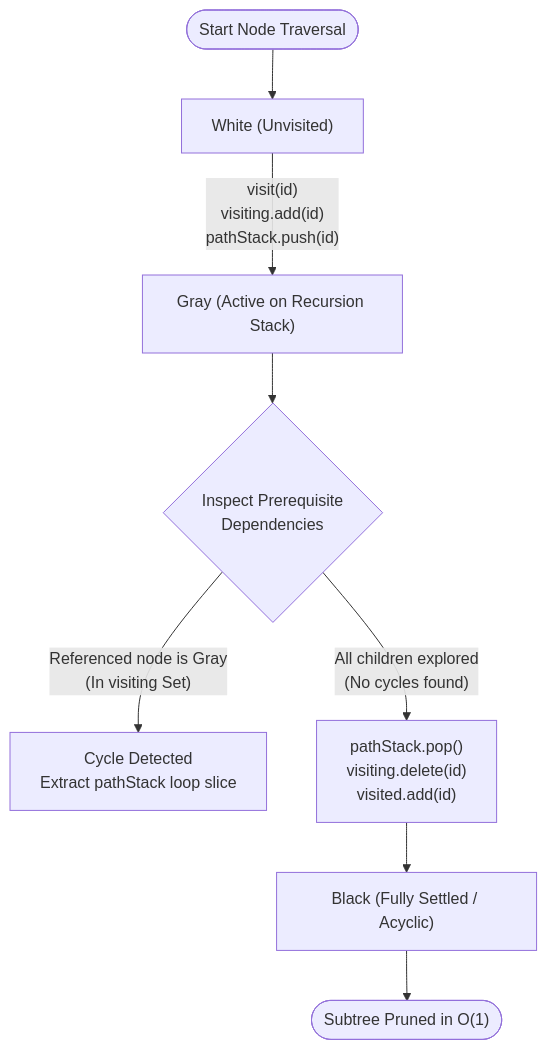
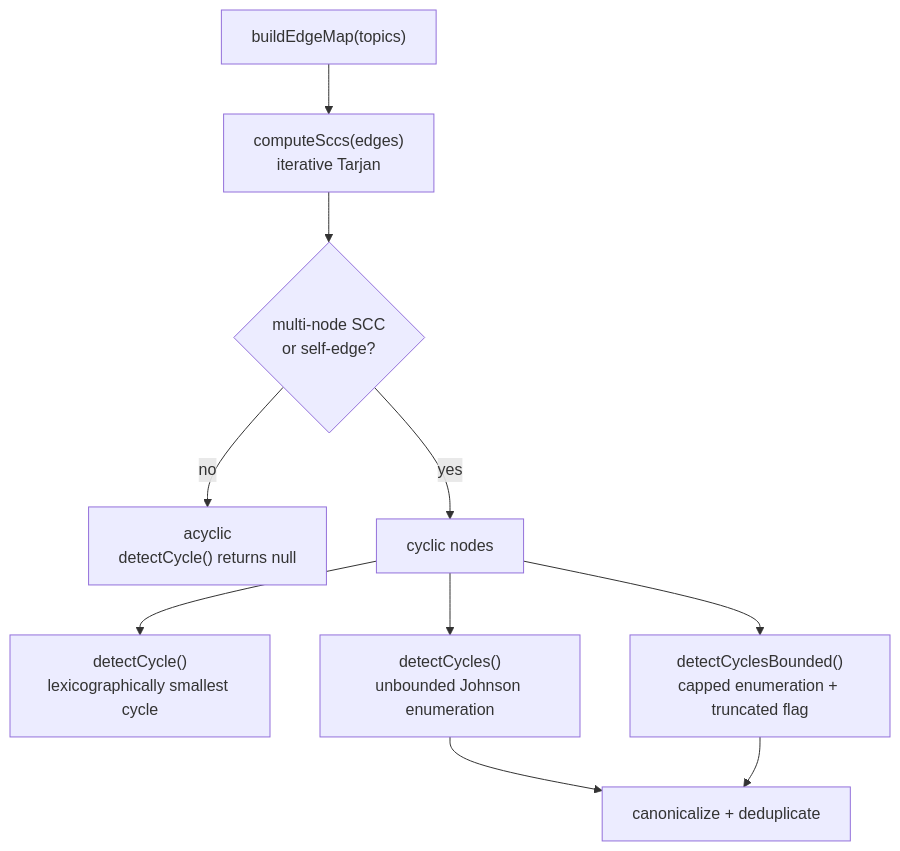
The second of 3 diagrams in docs/03-2-dependency-graph-engine.md (Kuldeep2822k/cli), drawn with Mermaid before and after one commit. The commit also changed other lines of this file and 78 other files, not shown here.

````diff
--- a/docs/03-2-dependency-graph-engine.md
+++ b/docs/03-2-dependency-graph-engine.md
@@ -110,12 +134,12 @@
 ```mermaid
 flowchart TD
-    Start(["Start Node Traversal"]) --> White["White (Unvisited)"]
-    White -->|"visit(id)<br/>visiting.add(id)<br/>pathStack.push(id)"| Gray["Gray (Active on Recursion Stack)"]
-    
-    Gray --> CheckEdge{"Inspect Prerequisite<br/>Dependencies"}
-    CheckEdge -- "Referenced node is Gray<br/>(In visiting Set)" --> Cycle["Cycle Detected<br/>Extract pathStack loop slice"]
-    CheckEdge -- "All children explored<br/>(No cycles found)" --> Pop["pathStack.pop()<br/>visiting.delete(id)<br/>visited.add(id)"]
-    
-    Pop --> Black["Black (Fully Settled / Acyclic)"]
-    Black --> Done(["Subtree Pruned in O(1)"])
+    A["buildEdgeMap(topics)"] --> B["computeSccs(edges)<br/>iterative Tarjan"]
+    B --> C{"multi-node SCC<br/>or self-edge?"}
+    C -- "no" --> D["acyclic<br/>detectCycle() returns null"]
+    C -- "yes" --> E["cyclic nodes"]
+    E --> F["detectCycle()<br/>lexicographically smallest cycle"]
+    E --> G["detectCycles()<br/>unbounded Johnson enumeration"]
+    E --> H["detectCyclesBounded()<br/>capped enumeration + truncated flag"]
+    G --> I["canonicalize + deduplicate"]
+    H --> I
 ```
````
